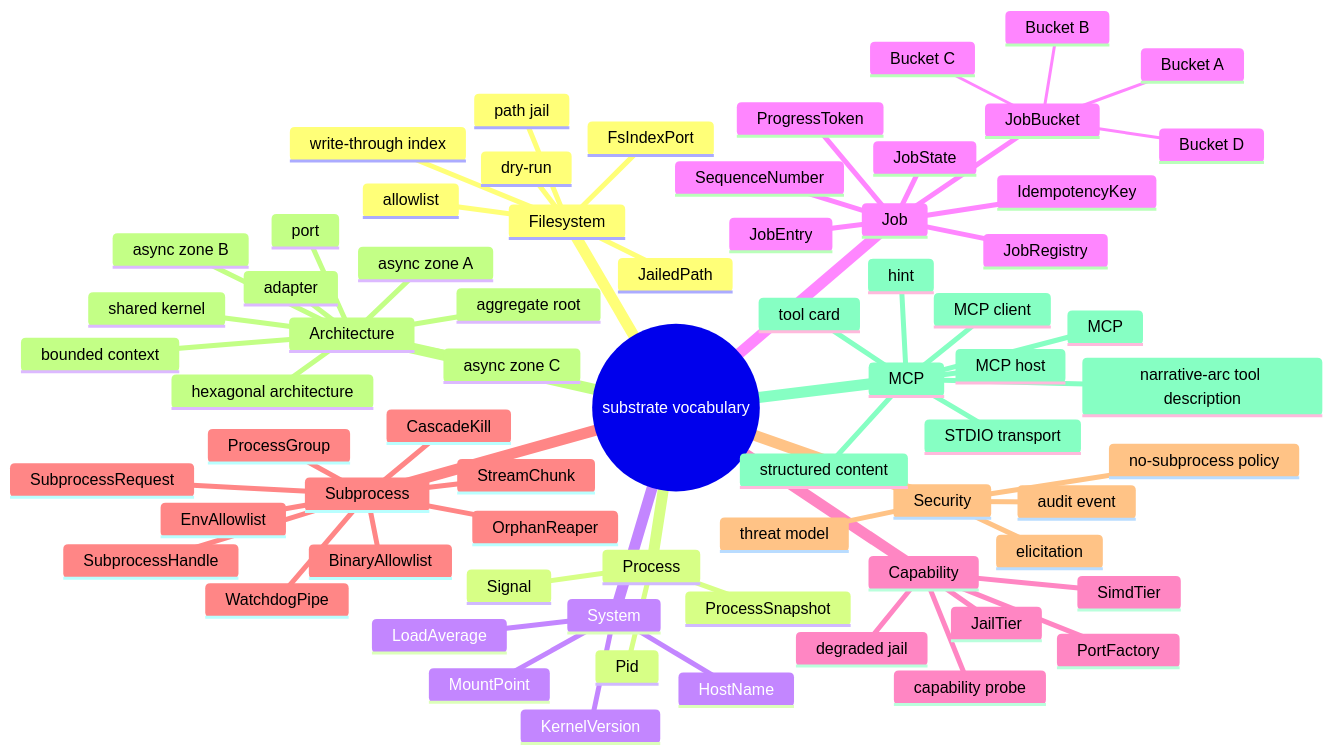
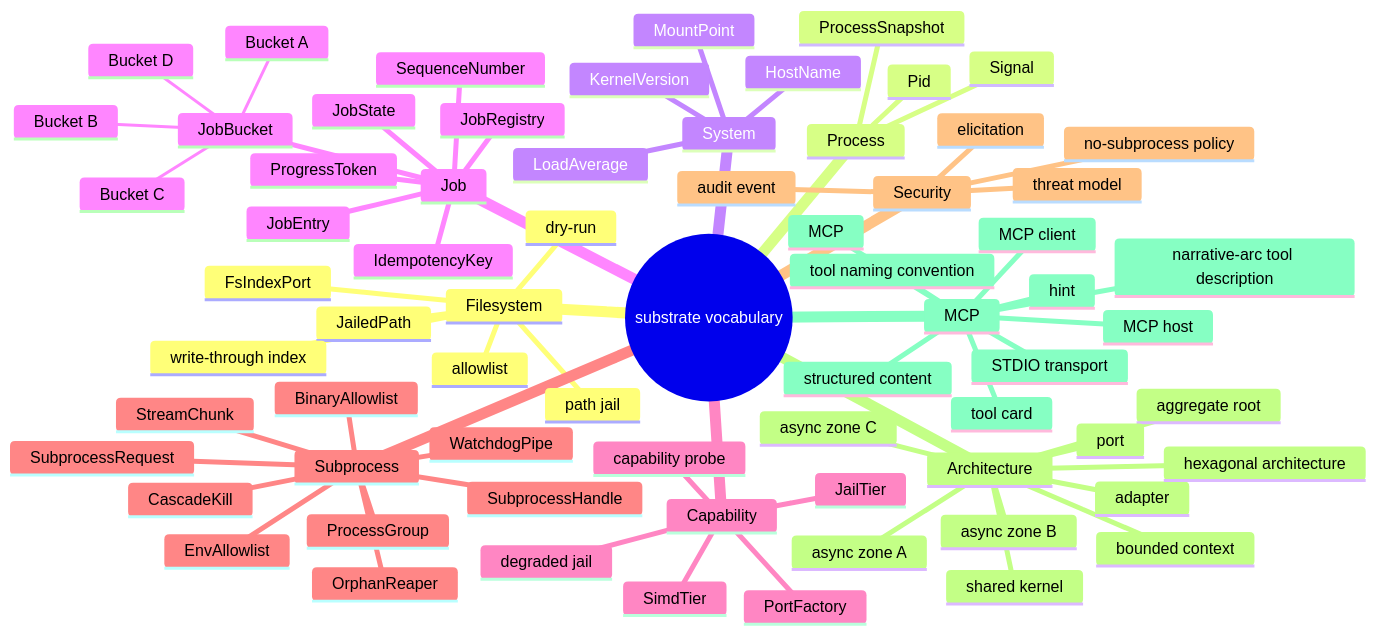
The diagram in docs/arch/glossary.md (farchanjo/substrate), drawn with Mermaid before and after one commit. The commit also changed other lines of this file and 1 other file, not shown here.

First line of the commit message:
docs(adr): ADR-0062 tool-naming convention (dot logical, underscore wire)

````diff
--- a/docs/arch/glossary.md
+++ b/docs/arch/glossary.md
@@ -8,72 +8,73 @@
 ```mermaid
 mindmap
   root((substrate vocabulary))
     Filesystem
       JailedPath
       allowlist
       path jail
       dry-run
       write-through index
       FsIndexPort
     Process
       Pid
       ProcessSnapshot
       Signal
     System
       KernelVersion
       HostName
       MountPoint
       LoadAverage
     Job
       JobState
       JobEntry
       JobRegistry
       JobBucket
         Bucket A
         Bucket B
         Bucket C
         Bucket D
       IdempotencyKey
       ProgressToken
       SequenceNumber
     Capability
       SimdTier
       JailTier
       PortFactory
       capability probe
       degraded jail
     Subprocess
       BinaryAllowlist
       EnvAllowlist
       SubprocessRequest
       SubprocessHandle
       StreamChunk
       ProcessGroup
       CascadeKill
       WatchdogPipe
       OrphanReaper
     Security
       elicitation
       audit event
       no-subprocess policy
       threat model
     Architecture
       bounded context
       aggregate root
       port
       adapter
       hexagonal architecture
       shared kernel
       async zone A
       async zone B
       async zone C
     MCP
       MCP
       MCP client
       MCP host
       STDIO transport
       narrative-arc tool description
       structured content
       hint
       tool card
+      tool naming convention
 ```
````
